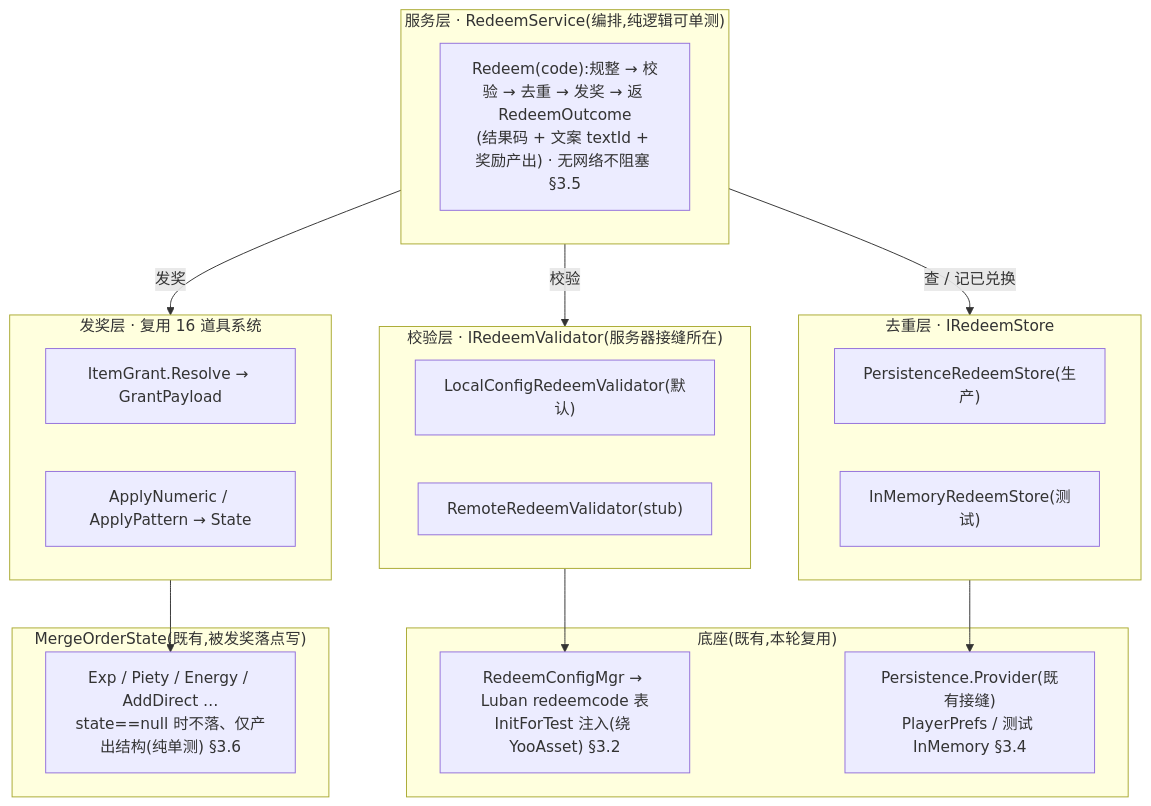
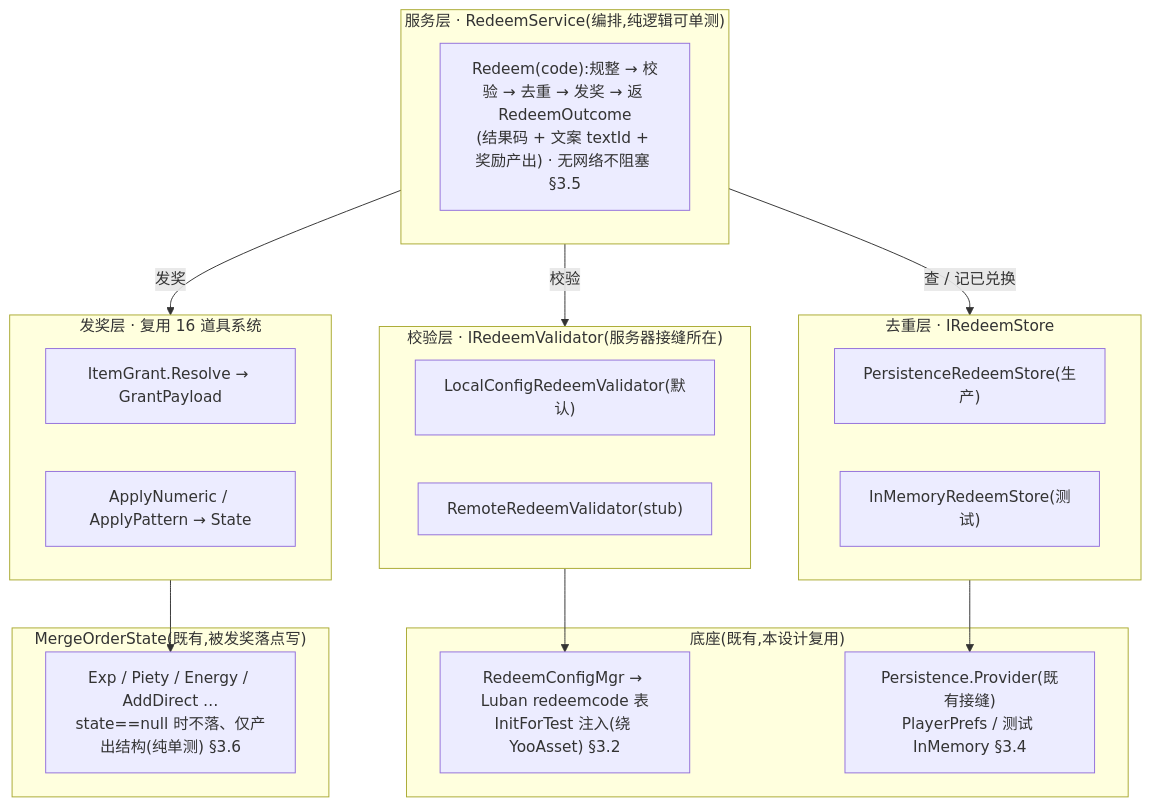
The first of 2 diagrams in UnityProject/design-docs/20-redeem-code-system.md (zhoupeng921101/TEngine_zp), drawn with Mermaid before and after one commit. The commit also changed other lines of this file and 11 other files, not shown here.

````diff
--- a/UnityProject/design-docs/20-redeem-code-system.md
+++ b/UnityProject/design-docs/20-redeem-code-system.md
@@ -78,31 +78,31 @@
 ```mermaid
 flowchart TD
     subgraph svc["服务层 · RedeemService(编排,纯逻辑可单测)"]
         s1["Redeem(code):规整 → 校验 → 去重 → 发奖 → 返 RedeemOutcome<br/>(结果码 + 文案 textId + 奖励产出) · 无网络不阻塞 §3.5"]
     end
     subgraph val["校验层 · IRedeemValidator(服务器接缝所在)"]
         v1["LocalConfigRedeemValidator(默认)"]
         v2["RemoteRedeemValidator(stub)"]
     end
     subgraph ded["去重层 · IRedeemStore"]
         d1["PersistenceRedeemStore(生产)"]
         d2["InMemoryRedeemStore(测试)"]
     end
     subgraph grant["发奖层 · 复用 16 道具系统"]
         g1["ItemGrant.Resolve → GrantPayload"]
         g2["ApplyNumeric / ApplyPattern → State"]
     end
-    subgraph base["底座(既有,本轮复用)"]
+    subgraph base["底座(既有,本设计复用)"]
         b1["RedeemConfigMgr → Luban redeemcode 表<br/>InitForTest 注入(绕 YooAsset) §3.2"]
         b2["Persistence.Provider(既有接缝)<br/>PlayerPrefs / 测试 InMemory §3.4"]
     end
     subgraph state["MergeOrderState(既有,被发奖落点写)"]
         m1["Exp / Piety / Energy / AddDirect …<br/>state==null 时不落、仅产出结构(纯单测) §3.6"]
     end
     svc -->|校验| val
     svc -->|查 / 记已兑换| ded
     svc -->|发奖| grant
     val --> b1
     ded --> b2
     grant --> m1
 ```
````
